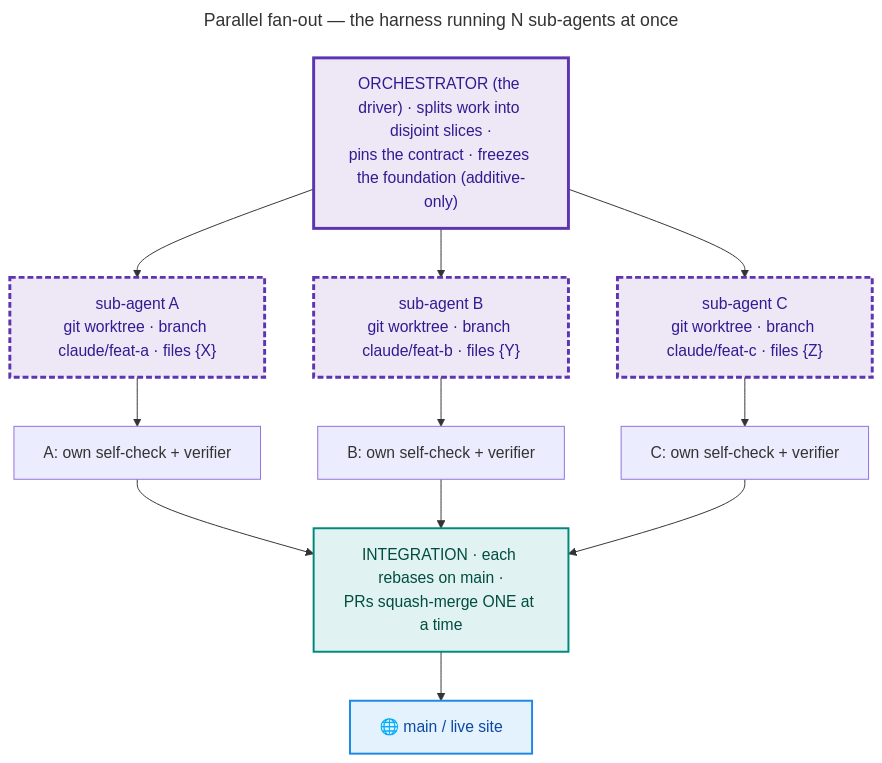
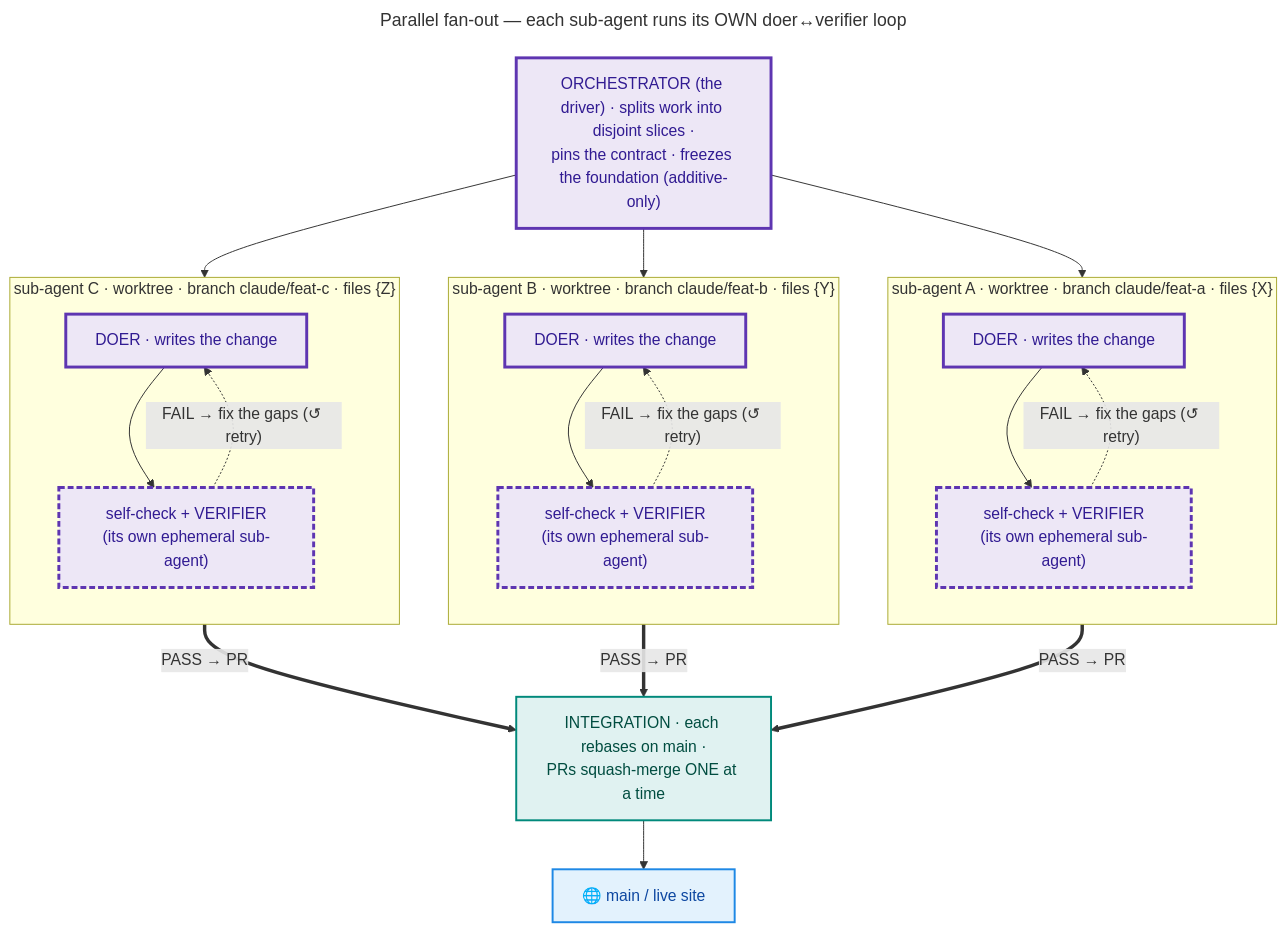
Before and after one commit to msunilgarg/Build-Young: the second of 3 diagrams in ARCHITECTURE.md, drawn with Mermaid. The commit also changed other lines of this file and 4 other files, not shown here.

First line of the commit message:
Parallel diagram: each sub-agent runs its OWN doer↔verifier loop (not a one-shot) (#367)

````diff
--- a/ARCHITECTURE.md
+++ b/ARCHITECTURE.md
@@ -128,25 +128,47 @@
 ```mermaid
 ---
-title: Parallel fan-out — the harness running N sub-agents at once
+title: Parallel fan-out — each sub-agent runs its OWN doer↔verifier loop
 ---
 flowchart TB
     orch["ORCHESTRATOR (the driver) · splits work into disjoint slices ·<br/>pins the contract · freezes the foundation (additive-only)"]
-    orch --> a["sub-agent A<br/>git worktree · branch claude/feat-a · files {X}"]
-    orch --> b["sub-agent B<br/>git worktree · branch claude/feat-b · files {Y}"]
-    orch --> c["sub-agent C<br/>git worktree · branch claude/feat-c · files {Z}"]
-    a --> av["A: own self-check + verifier"]
-    b --> bv["B: own self-check + verifier"]
-    c --> cv["C: own self-check + verifier"]
-    av --> merge["INTEGRATION · each rebases on main ·<br/>PRs squash-merge ONE at a time"]
-    bv --> merge
-    cv --> merge
+    orch --> da
+    orch --> db
+    orch --> dc
+
+    subgraph A["sub-agent A · worktree · branch claude/feat-a · files {X}"]
+        direction TB
+        da["DOER · writes the change"]
+        va["self-check + VERIFIER<br/>(its own ephemeral sub-agent)"]
+        da --> va
+        va -. "FAIL → fix the gaps (↺ retry)" .-> da
+    end
+    subgraph B["sub-agent B · worktree · branch claude/feat-b · files {Y}"]
+        direction TB
+        db["DOER · writes the change"]
+        vb["self-check + VERIFIER<br/>(its own ephemeral sub-agent)"]
+        db --> vb
+        vb -. "FAIL → fix the gaps (↺ retry)" .-> db
+    end
+    subgraph C["sub-agent C · worktree · branch claude/feat-c · files {Z}"]
+        direction TB
+        dc["DOER · writes the change"]
+        vc["self-check + VERIFIER<br/>(its own ephemeral sub-agent)"]
+        dc --> vc
+        vc -. "FAIL → fix the gaps (↺ retry)" .-> dc
+    end
+
+    va == "PASS → PR" ==> merge
+    vb == "PASS → PR" ==> merge
+    vc == "PASS → PR" ==> merge
+    merge["INTEGRATION · each rebases on main ·<br/>PRs squash-merge ONE at a time"]
     merge --> main["🌐 main / live site"]
+
     classDef agent fill:#ede7f6,stroke:#5e35b1,stroke-width:3px,color:#311b92;
     classDef subagent fill:#ede7f6,stroke:#5e35b1,stroke-width:3px,stroke-dasharray:6 3,color:#311b92;
     classDef tool fill:#e0f2f1,stroke:#00897b,stroke-width:2px,color:#004d40;
     classDef ext fill:#e3f2fd,stroke:#1e88e5,stroke-width:2px,color:#0d47a1;
-    class orch agent;
-    class a,b,c subagent;
+    class orch,da,db,dc agent;
+    class va,vb,vc subagent;
     class merge tool;
     class main ext;
 ```
````
